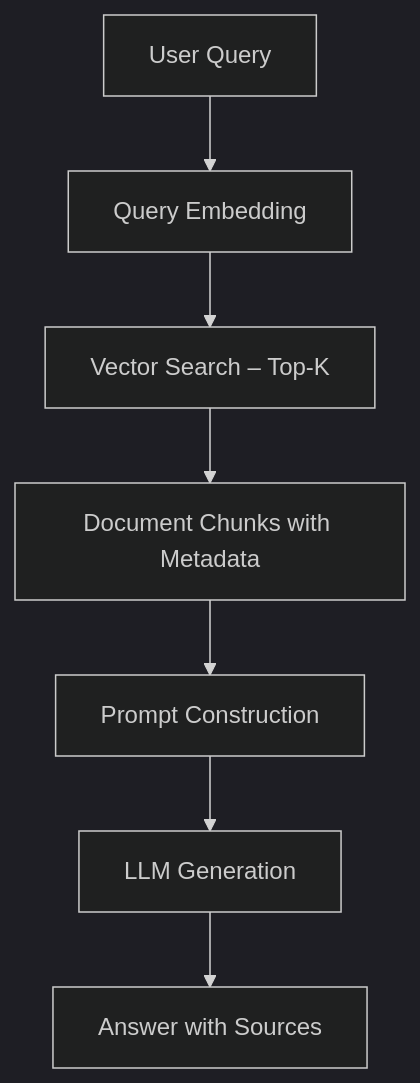
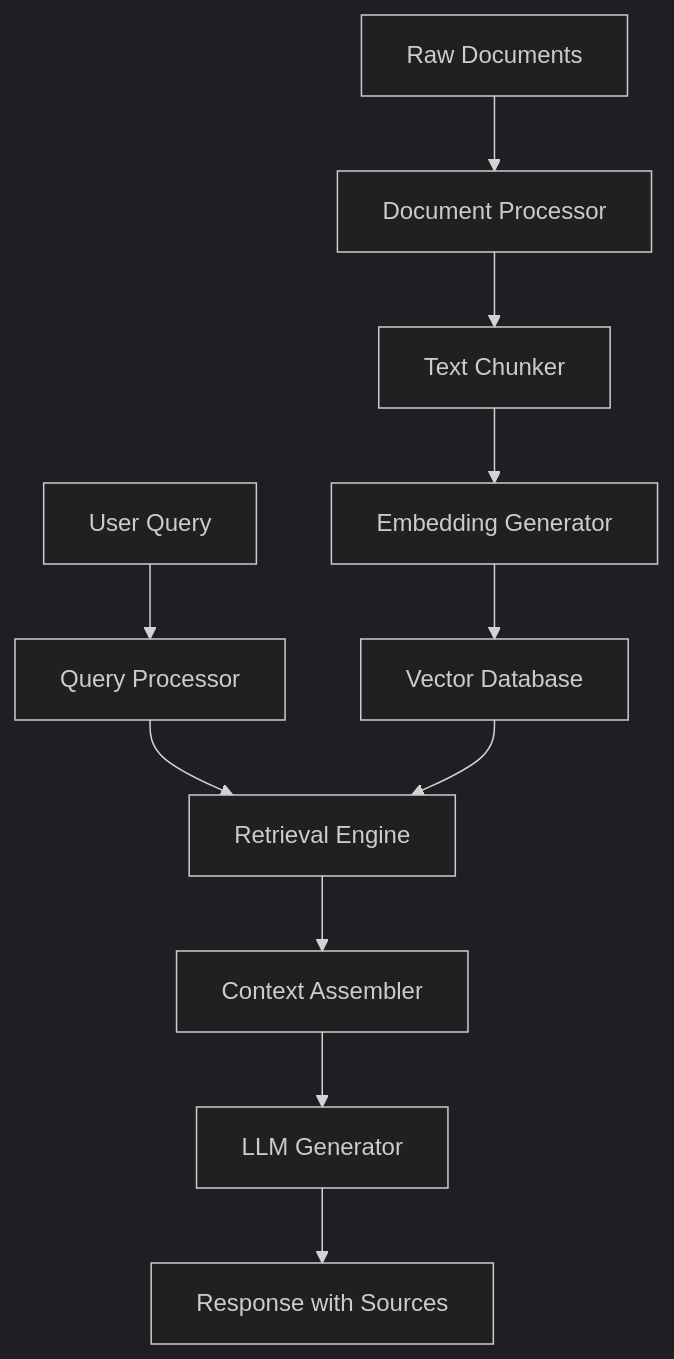
The first of 9 diagrams in User-Guides/rag-implementation-guide.md (CRollins6020/CRollins6020), drawn with Mermaid (dark theme) before and after one commit. The commit also changed other lines of this file and 2 other files, not shown here.

````diff
--- a/User-Guides/rag-implementation-guide.md
+++ b/User-Guides/rag-implementation-guide.md
@@ -35,11 +92,14 @@
 ```mermaid
-
 graph TD
-    A[User Query] --> B[Query Embedding]
-    B --> C[Vector Search – Top-K]
-    C --> D[Document Chunks with Metadata]
-    D --> E[Prompt Construction]
-    E --> F[LLM Generation]
-    F --> G[Answer with Sources]
-
+    A[Raw Documents] --> B[Document Processor]
+    B --> C[Text Chunker]
+    C --> D[Embedding Generator]
+    D --> E[Vector Database]
+    
+    F[User Query] --> G[Query Processor]
+    G --> H[Retrieval Engine]
+    E --> H
+    H --> I[Context Assembler]
+    I --> J[LLM Generator]
+    J --> K[Response with Sources]
 ```
````
